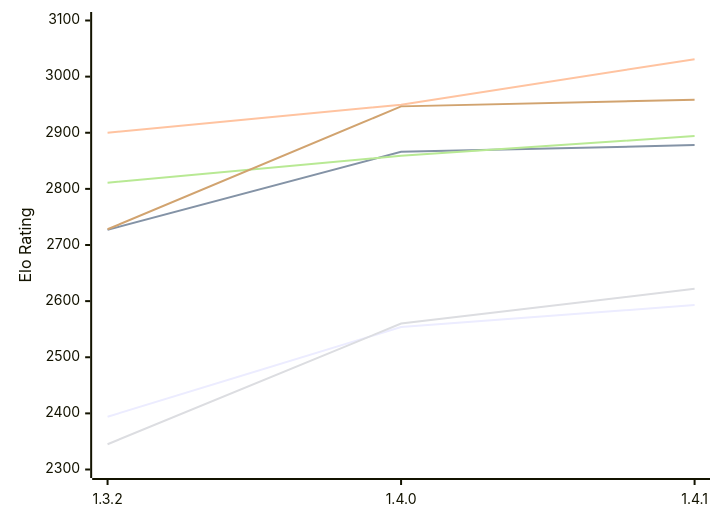
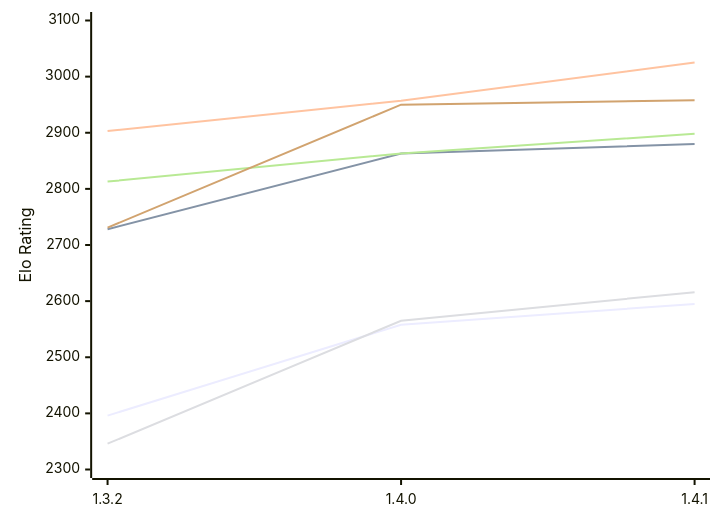
Before and after one commit to computer-chess-index/cci: the diagram in engines/Maharajah.md, drawn with Mermaid. The commit also changed other lines of this file, not shown here.

Commit message:
Update CCI Ratings (ELO VLTC) - 2026-11-24

````diff
--- a/engines/Maharajah.md
+++ b/engines/Maharajah.md
@@ -51,12 +51,12 @@
 ```mermaid
 %%{init: {"theme":"base","themeVariables":{"seriesColors:['#a3a3a3','#222221','#faa371']}}}%%
 xychart-beta
   x-axis ["1.3.2", "1.4.0", "1.4.1"]
   y-axis "Elo Rating" 2300 --> 3100
-  line "E1: STC (8.0+0.08s)" [2394, 2554, 2593]
-  line "E1: LTC (60.0+0.60s)" [2727, 2866, 2878]
-  line "E1: VLTC (2m24s+1.12s)" [2900, 2950, 3031]
-  line "P1: STC (8.0+0.08s)" [2345, 2560, 2622]
-  line "P1: LTC (60.0+0.60s)" [2811, 2859, 2894]
-  line "P1: VLTC (2m24s+1.12s)" [2728, 2947, 2959]
+  line "E1: STC (8.0+0.08s)" [2396, 2558, 2595]
+  line "E1: LTC (60.0+0.60s)" [2728, 2863, 2880]
+  line "E1: VLTC (2m24s+1.12s)" [2903, 2957, 3025]
+  line "P1: STC (8.0+0.08s)" [2346, 2565, 2616]
+  line "P1: LTC (60.0+0.60s)" [2813, 2863, 2898]
+  line "P1: VLTC (2m24s+1.12s)" [2731, 2950, 2958]
 ```
````
